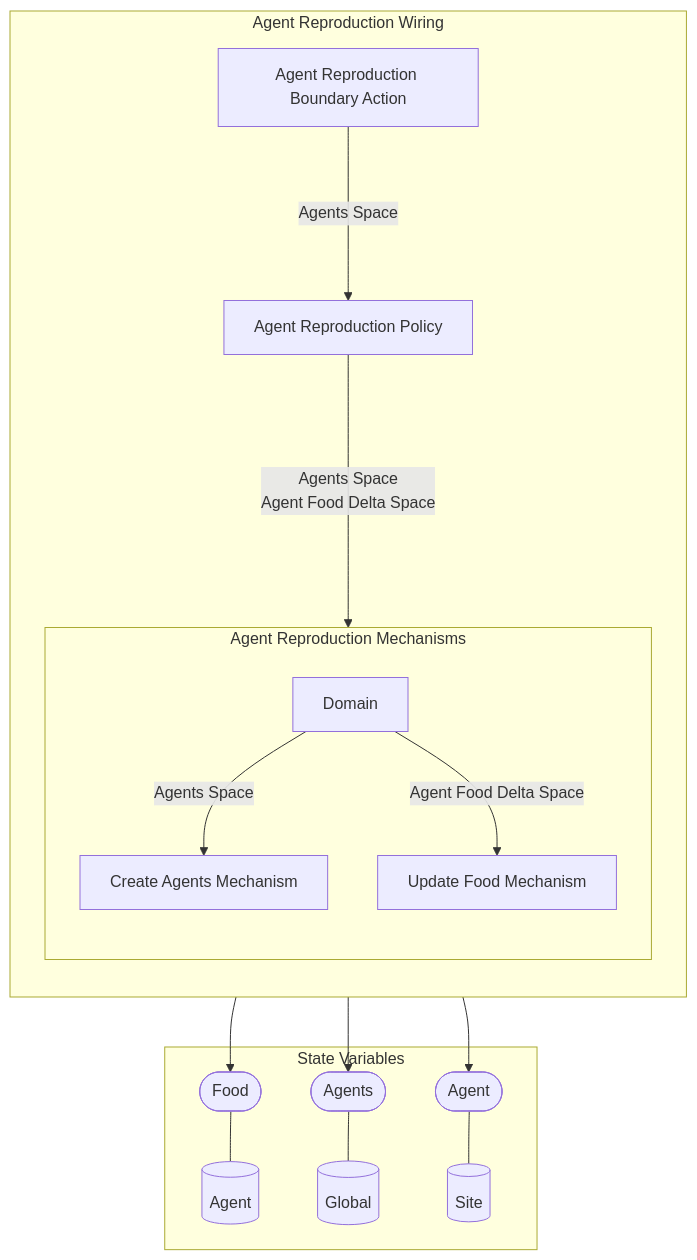
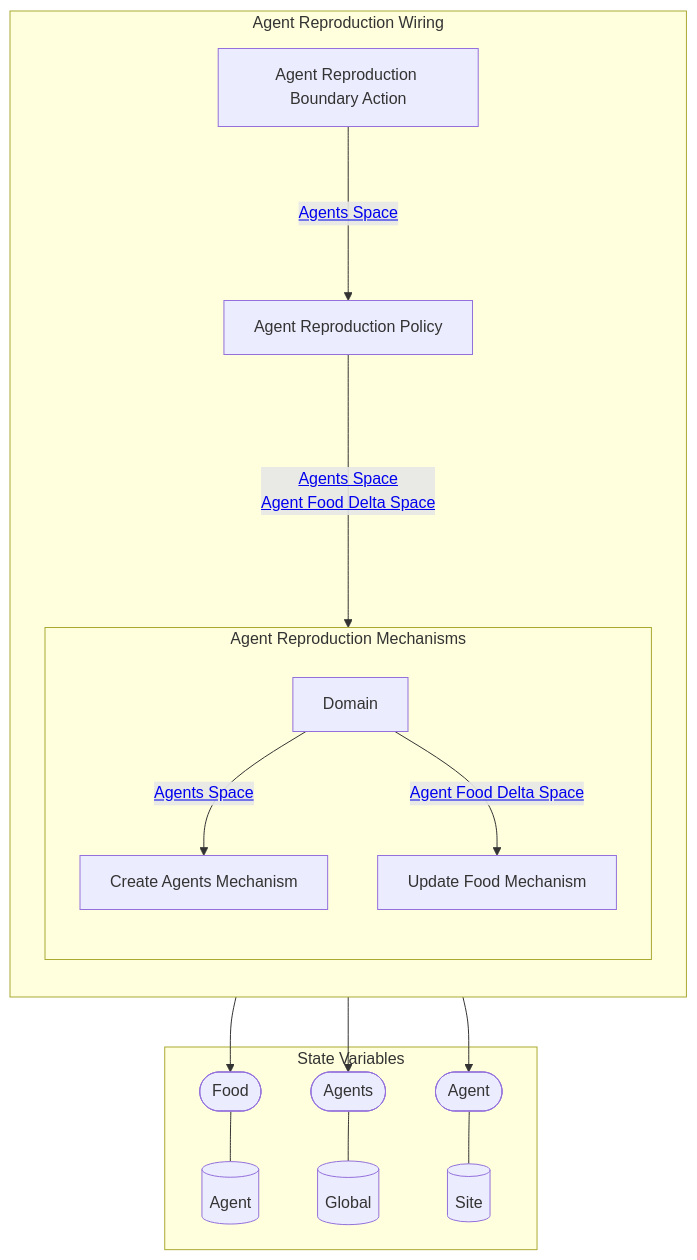
Before and after one commit to BlockScience/Predator-Prey-MSML: the second of 2 diagrams in reports/obsidian/Wiring/Agent Reproduction Wiring.md, drawn with Mermaid. The commit also changed other lines of this file and 48 other files, not shown here.

````diff
--- a/reports/obsidian/Wiring/Agent Reproduction Wiring.md
+++ b/reports/obsidian/Wiring/Agent Reproduction Wiring.md
@@ -42,47 +42,47 @@
 ```mermaid
 graph TB
 
 subgraph SVS["State Variables"]
 EE0[("Agent")]
 EE1[("Global")]
 EE2[("Site")]
 EES0(["Food"])
 EES0 --- EE0
 EES1(["Agents"])
 EES1 --- EE1
 EES2(["Agent"])
 EES2 --- EE2
 end
 
 subgraph X8["Agent Reproduction Wiring"]
 direction TB
 X1["Agent Reproduction Boundary Action"]
 X2["Agent Reproduction Policy"]
 subgraph X7["Agent Reproduction Mechanisms"]
 direction TB
 X3["Create Agents Mechanism"]
 X3 --> EES1
 X3 --> EES2
 X4["Update Food Mechanism"]
 X4 --> EES0
 X5[Domain]
 
 direction LR
 direction TB
-X5 --"Agents Space"--> X3
-X5 --"Agent Food Delta Space"--> X4
+X5 --"<a href='Agents Space' class=internal-link>Agents Space</a>"--> X3
+X5 --"<a href='Agent Food Delta Space' class=internal-link>Agent Food Delta Space</a>"--> X4
 end
-X1--"Agents Space"--->X2
-X2--"Agents Space
-Agent Food Delta Space"---->X7
+X1--"<a href='Agents Space' class=internal-link>Agents Space</a>"--->X2
+X2--"<a href='Agents Space' class=internal-link>Agents Space</a>
+<a href='Agent Food Delta Space' class=internal-link>Agent Food Delta Space</a>"---->X7
 end
 class X1 internal-link;
 class X2 internal-link;
 class X3 internal-link;
 class X4 internal-link;
 class X6 internal-link;
 class EE0 internal-link;
 class EE1 internal-link;
 class EE2 internal-link;
 
 ```
````
